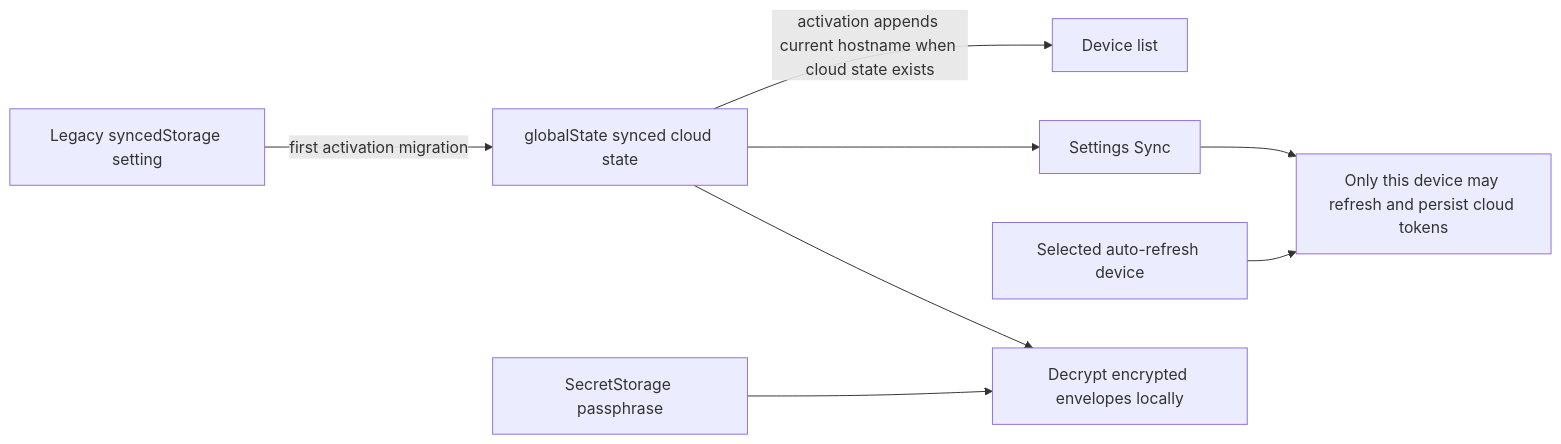
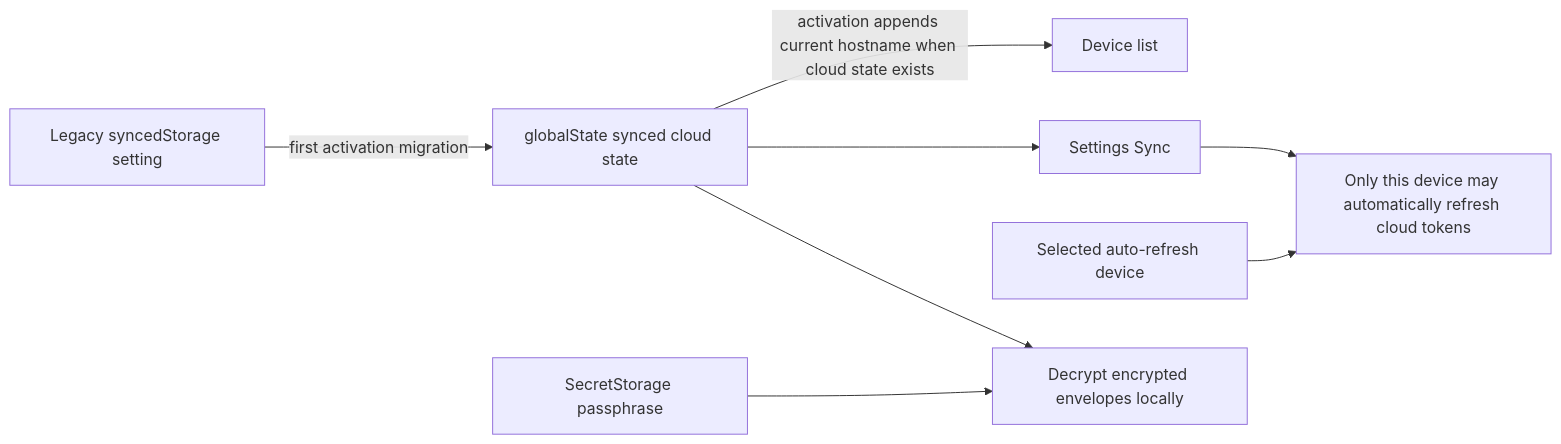
One commit to jqknono/codex-account-switch changed the diagram in docs/synced-cloud-state.md. Above: the diagram before and after it, drawn with Mermaid. The commit also changed other lines of this file and 16 other files, not shown here.

````diff
--- a/docs/synced-cloud-state.md
+++ b/docs/synced-cloud-state.md
@@ -16,10 +16,10 @@
 ```mermaid
 flowchart LR
   A[Legacy syncedStorage setting] -->|first activation migration| B[globalState synced cloud state]
   B -->|activation appends current hostname when cloud state exists| C[Device list]
   B --> D[Settings Sync]
-  E[Selected auto-refresh device] --> F[Only this device may refresh and persist cloud tokens]
+  E[Selected auto-refresh device] --> F[Only this device may automatically refresh cloud tokens]
   D --> F
   G[SecretStorage passphrase] --> H[Decrypt encrypted envelopes locally]
   B --> H
 ```
````
